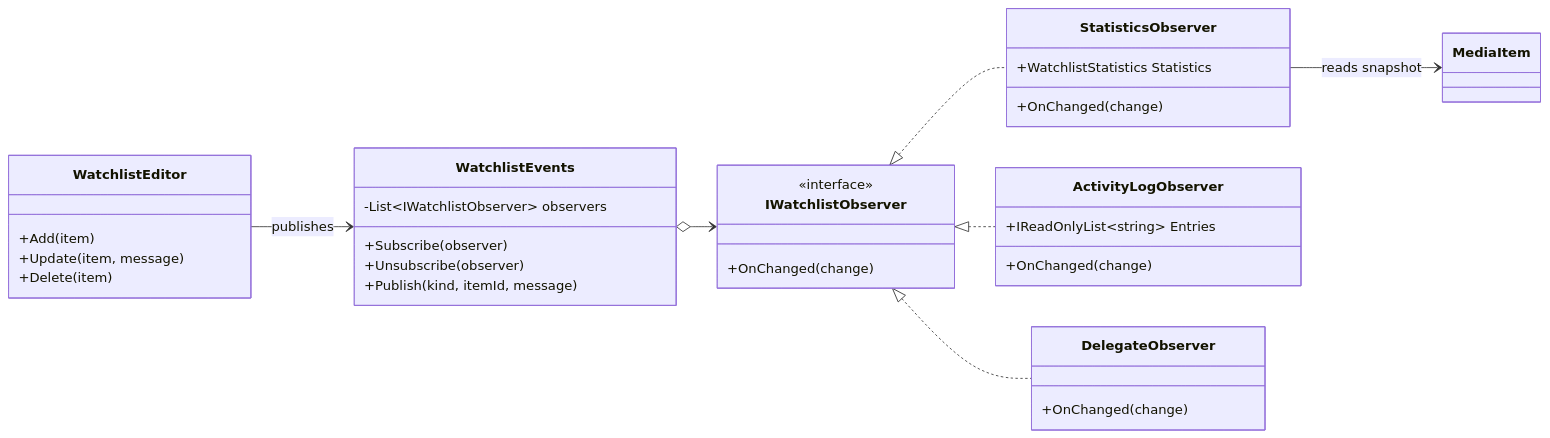
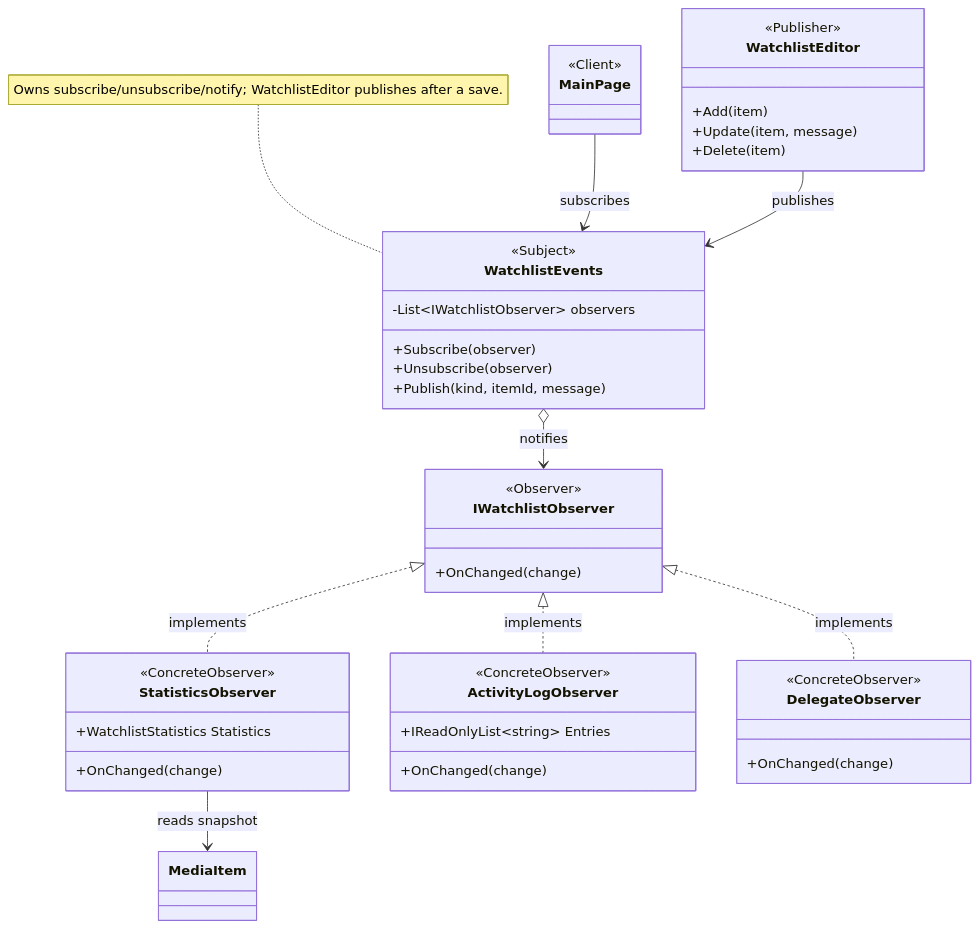
One commit to Prince-of-Nothing/TMPS-Labs changed the second of 4 diagrams in Reports/Lab3.md. Above: the diagram before and after it, drawn with Mermaid. The commit also changed other lines of this file and 1 other file, not shown here.

Commit message:
docs: restyle UML diagrams with Refactoring Guru roles

````diff
--- a/Reports/Lab3.md
+++ b/Reports/Lab3.md
@@ -257,36 +282,46 @@
 ```mermaid
 classDiagram
-direction LR
+direction TB
+class MainPage {
+  <<Client>>
+}
 class WatchlistEditor {
+  <<Publisher>>
   +Add(item)
   +Update(item, message)
   +Delete(item)
 }
 class WatchlistEvents {
+  <<Subject>>
   -List~IWatchlistObserver~ observers
   +Subscribe(observer)
   +Unsubscribe(observer)
   +Publish(kind, itemId, message)
 }
 class IWatchlistObserver {
-  <<interface>>
+  <<Observer>>
   +OnChanged(change)
 }
 class StatisticsObserver {
+  <<ConcreteObserver>>
   +WatchlistStatistics Statistics
   +OnChanged(change)
 }
 class ActivityLogObserver {
+  <<ConcreteObserver>>
   +IReadOnlyList~string~ Entries
   +OnChanged(change)
 }
 class DelegateObserver {
+  <<ConcreteObserver>>
   +OnChanged(change)
 }
+MainPage --> WatchlistEvents : subscribes
 WatchlistEditor --> WatchlistEvents : publishes
-WatchlistEvents o--> IWatchlistObserver
-IWatchlistObserver <|.. StatisticsObserver
-IWatchlistObserver <|.. ActivityLogObserver
-IWatchlistObserver <|.. DelegateObserver
+WatchlistEvents o--> IWatchlistObserver : notifies
+IWatchlistObserver <|.. StatisticsObserver : implements
+IWatchlistObserver <|.. ActivityLogObserver : implements
+IWatchlistObserver <|.. DelegateObserver : implements
 StatisticsObserver --> MediaItem : reads snapshot
+note for WatchlistEvents "Owns subscribe/unsubscribe/notify; WatchlistEditor publishes after a save."
 ```
````
